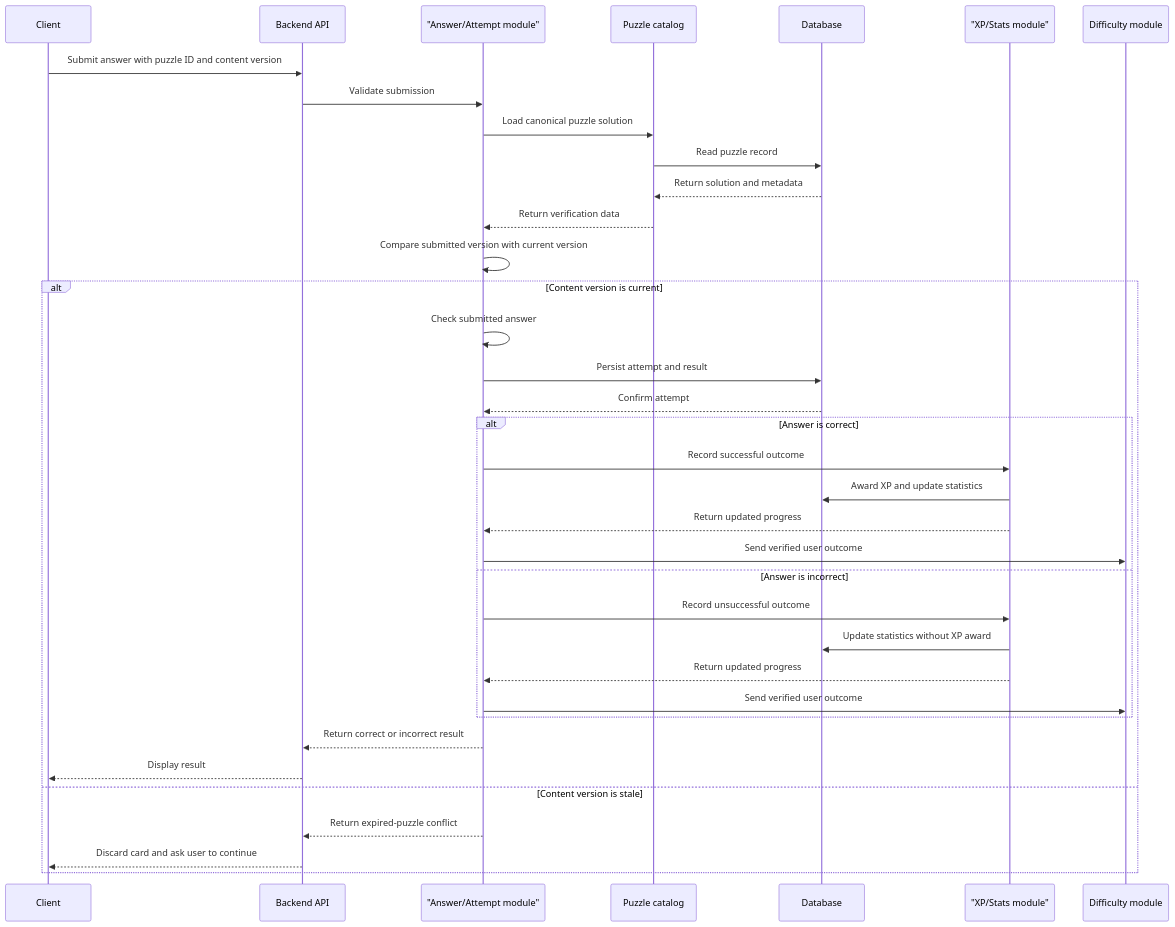
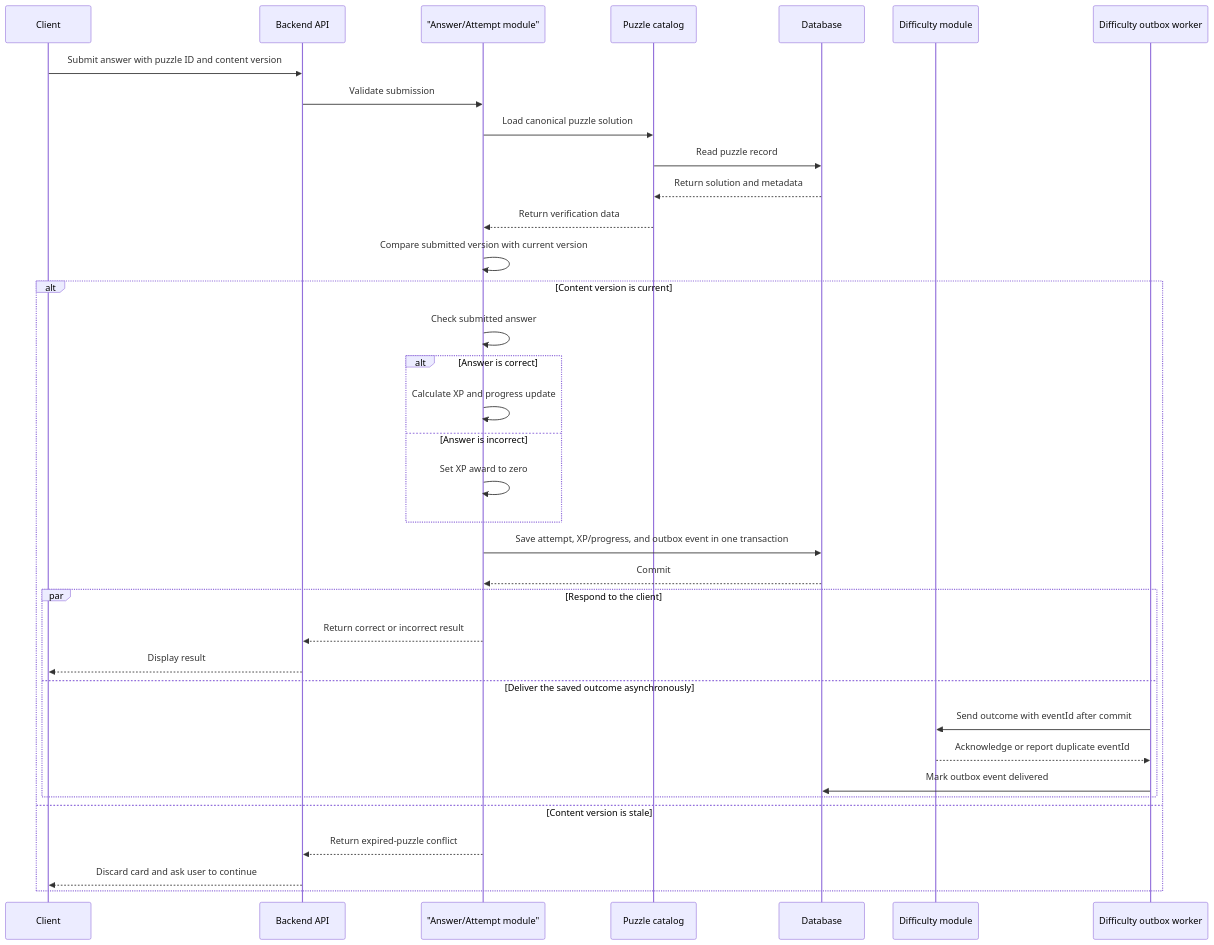
Before and after one commit to yassine0010/pikpok: the fourth of 9 diagrams in technical-architecture.md, drawn with Mermaid. The commit also changed other lines of this file and 8 other files, not shown here.

Commit message:
docs: reorganize project documentation and update technical implementation and architecture specifications

````diff
--- a/technical-architecture.md
+++ b/technical-architecture.md
@@ -751,42 +776,41 @@
 ```mermaid
 sequenceDiagram
     participant C as Client
     participant A as Backend API
     participant V as "Answer/Attempt module"
     participant P as Puzzle catalog
     participant D as Database
-    participant X as "XP/Stats module"
     participant G as Difficulty module
+    participant O as Difficulty outbox worker
 
     C->>A: Submit answer with puzzle ID and content version
     A->>V: Validate submission
     V->>P: Load canonical puzzle solution
     P->>D: Read puzzle record
     D-->>P: Return solution and metadata
     P-->>V: Return verification data
     V->>V: Compare submitted version with current version
 
     alt Content version is current
         V->>V: Check submitted answer
-        V->>D: Persist attempt and result
-        D-->>V: Confirm attempt
-
         alt Answer is correct
-            V->>X: Record successful outcome
-            X->>D: Award XP and update statistics
-            X-->>V: Return updated progress
-            V->>G: Send verified user outcome
+            V->>V: Calculate XP and progress update
         else Answer is incorrect
-            V->>X: Record unsuccessful outcome
-            X->>D: Update statistics without XP award
-            X-->>V: Return updated progress
-            V->>G: Send verified user outcome
+            V->>V: Set XP award to zero
         end
 
-        V-->>A: Return correct or incorrect result
-        A-->>C: Display result
+        V->>D: Save attempt, XP/progress, and outbox event in one transaction
+        D-->>V: Commit
+        par Respond to the client
+            V-->>A: Return correct or incorrect result
+            A-->>C: Display result
+        and Deliver the saved outcome asynchronously
+            O->>G: Send outcome with eventId after commit
+            G-->>O: Acknowledge or report duplicate eventId
+            O->>D: Mark outbox event delivered
+        end
     else Content version is stale
         V-->>A: Return expired-puzzle conflict
         A-->>C: Discard card and ask user to continue
     end
 ```
````
